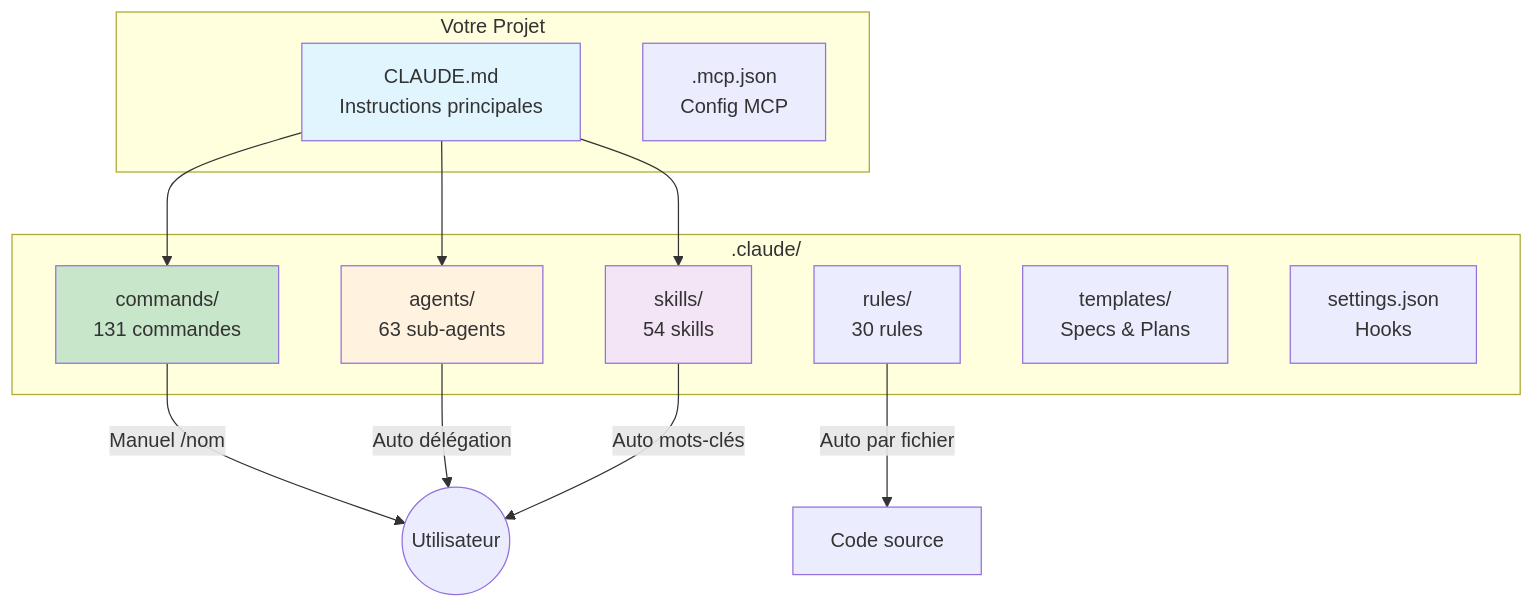
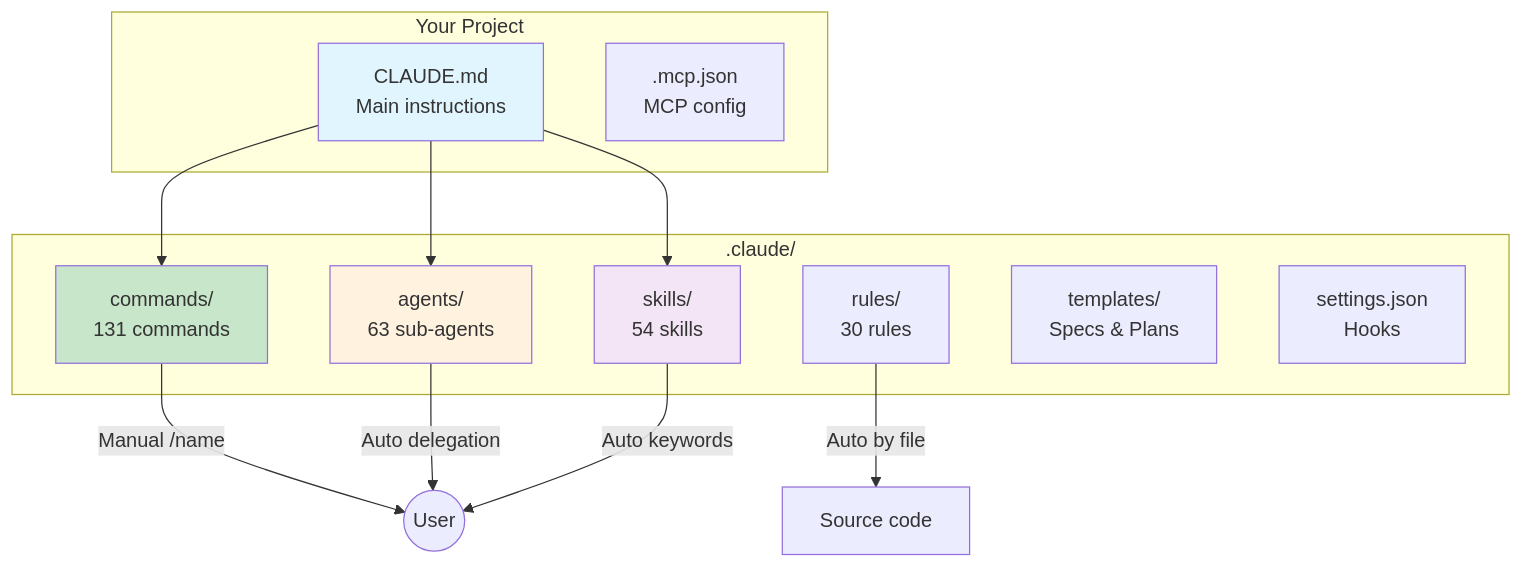
The first of 2 diagrams in website/docs/intro/architecture.md (christopherlouet/claude-base), drawn with Mermaid before and after one commit. The commit also changed other lines of this file and 1 other file, not shown here.

Commit message:
feat(migration): translate website/docs/intro/architecture.md (tier 4)

````diff
--- a/website/docs/intro/architecture.md
+++ b/website/docs/intro/architecture.md
@@ -15,30 +15,30 @@
 ```mermaid
 graph TB
-    subgraph "Votre Projet"
-        CLAUDE[CLAUDE.md<br/>Instructions principales]
-        MCP[.mcp.json<br/>Config MCP]
+    subgraph "Your Project"
+        CLAUDE[CLAUDE.md<br/>Main instructions]
+        MCP[.mcp.json<br/>MCP config]
     end
 
     subgraph ".claude/"
-        CMDS[commands/<br/>131 commandes]
+        CMDS[commands/<br/>131 commands]
         AGENTS[agents/<br/>63 sub-agents]
         SKILLS[skills/<br/>54 skills]
         RULES[rules/<br/>30 rules]
         TPL[templates/<br/>Specs & Plans]
         SETTINGS[settings.json<br/>Hooks]
     end
 
     CLAUDE --> CMDS
     CLAUDE --> AGENTS
     CLAUDE --> SKILLS
 
-    CMDS --> |"Manuel /nom"| USER((Utilisateur))
-    AGENTS --> |"Auto délégation"| USER
-    SKILLS --> |"Auto mots-clés"| USER
-    RULES --> |"Auto par fichier"| CODE[Code source]
+    CMDS --> |"Manual /name"| USER((User))
+    AGENTS --> |"Auto delegation"| USER
+    SKILLS --> |"Auto keywords"| USER
+    RULES --> |"Auto by file"| CODE[Source code]
 
     style CLAUDE fill:#e1f5fe
     style CMDS fill:#c8e6c9
     style AGENTS fill:#fff3e0
     style SKILLS fill:#f3e5f5
 ```
````
